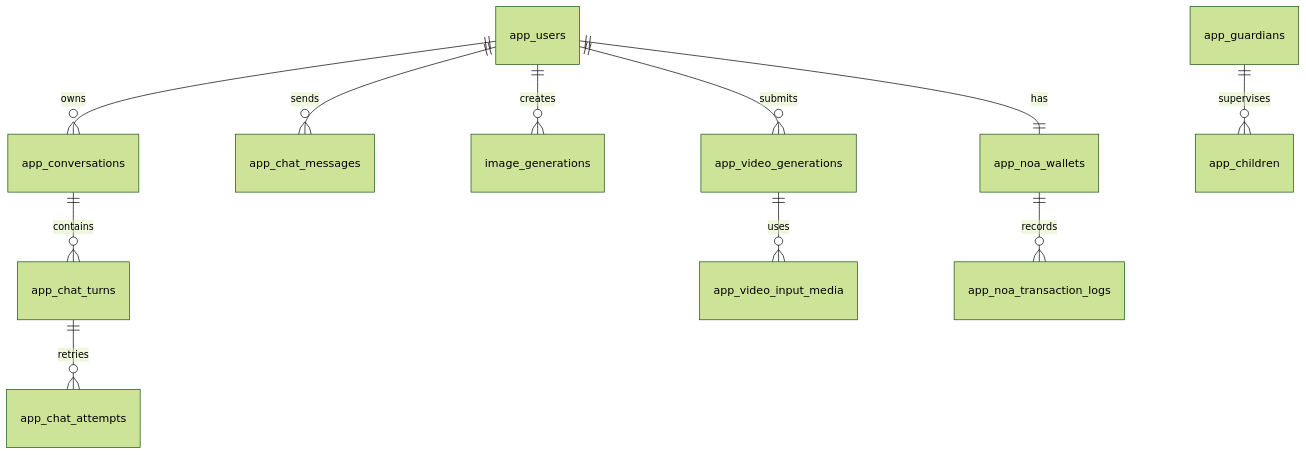
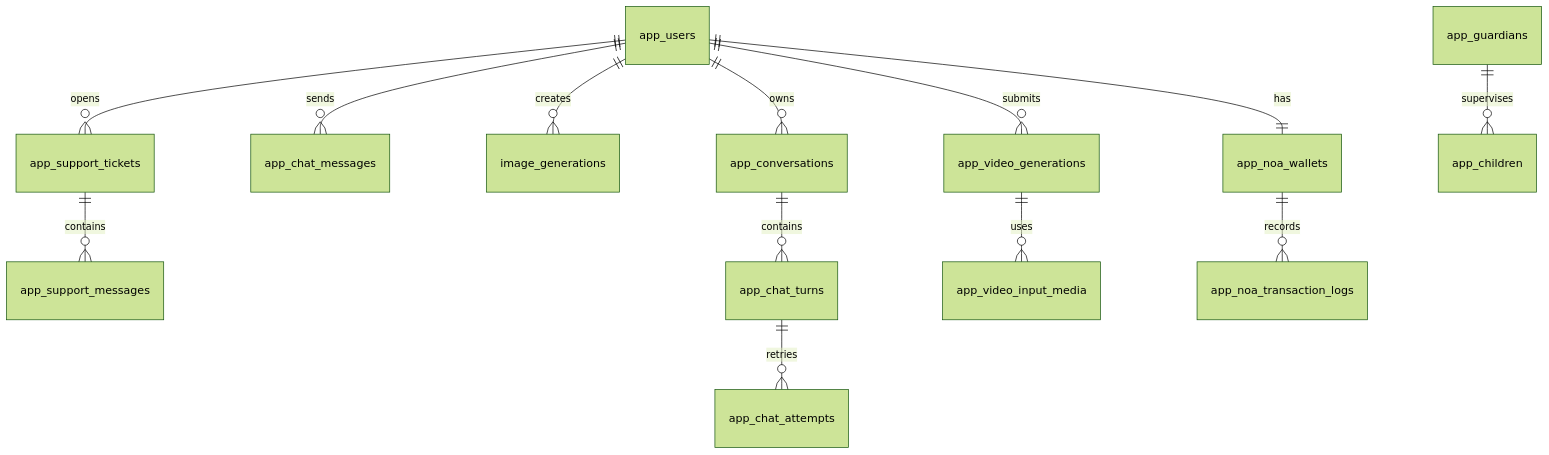
The diagram in docs/data-model.md (MrAbol777/chatbot), drawn with Mermaid (forest theme) before and after one commit. The commit also changed other lines of this file and 38 other files, not shown here.

````diff
--- a/docs/data-model.md
+++ b/docs/data-model.md
@@ -30,13 +31,15 @@
 ```mermaid
 erDiagram
     app_users ||--o{ app_conversations : owns
     app_users ||--o{ app_chat_messages : sends
     app_users ||--o{ image_generations : creates
     app_users ||--o{ app_video_generations : submits
+    app_users ||--o{ app_support_tickets : opens
+    app_support_tickets ||--o{ app_support_messages : contains
     app_users ||--|| app_noa_wallets : has
     app_guardians ||--o{ app_children : supervises
     app_conversations ||--o{ app_chat_turns : contains
     app_chat_turns ||--o{ app_chat_attempts : retries
     app_video_generations ||--o{ app_video_input_media : uses
     app_noa_wallets ||--o{ app_noa_transaction_logs : records
 ```
````
